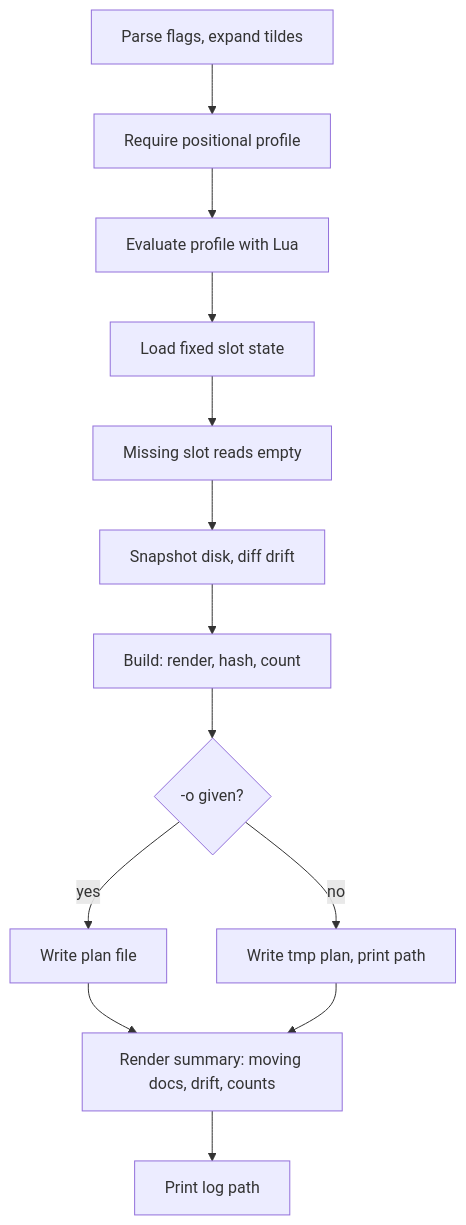
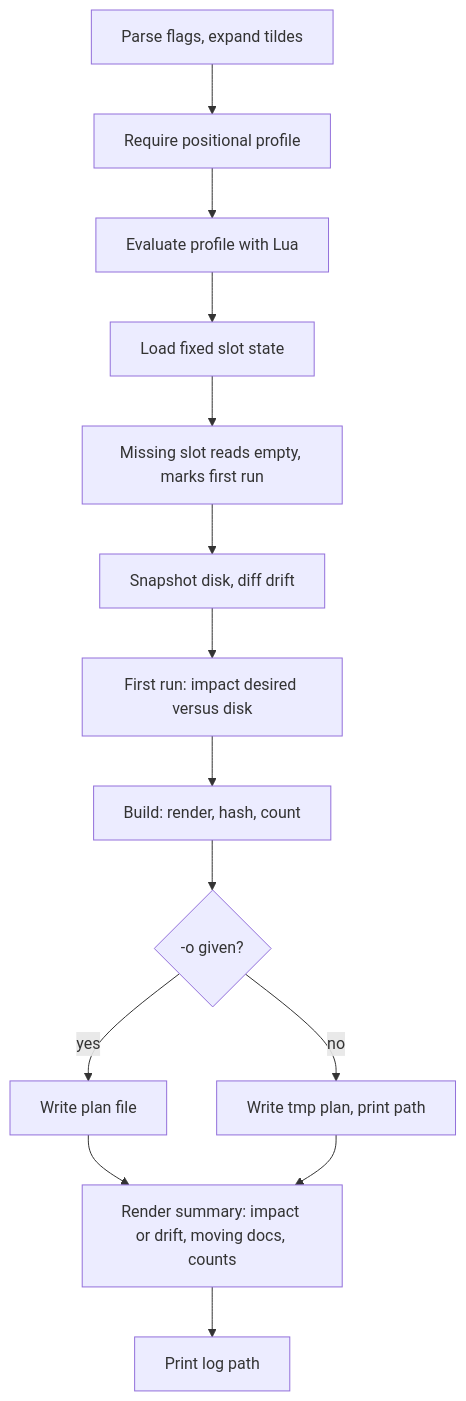
Before and after one commit to SolracHQ/confit: the diagram in docs/flows/plan.md, drawn with Mermaid. The commit also changed other lines of this file and 10 other files, not shown here.

Commit message:
First plan compares against the disk instead of an empty previous. Fresh machines read impact plus already in place, and hunks carry their own headers with per-symbol paint.

````diff
--- a/docs/flows/plan.md
+++ b/docs/flows/plan.md
@@ -7,15 +7,16 @@
 ```mermaid
 flowchart TD
     A["Parse flags, expand tildes"] --> B["Require positional profile"]
     B --> C["Evaluate profile with Lua"]
     C --> D["Load fixed slot state"]
-    D --> E["Missing slot reads empty"]
+    D --> E["Missing slot reads empty, marks first run"]
     E --> F["Snapshot disk, diff drift"]
-    F --> G["Build: render, hash, count"]
-    G --> H{"-o given?"}
-    H -- yes --> I["Write plan file"]
-    H -- no --> J["Write tmp plan, print path"]
-    I --> K["Render summary: moving docs, drift, counts"]
-    J --> K
-    K --> L["Print log path"]
+    F --> G["First run: impact desired versus disk"]
+    G --> H["Build: render, hash, count"]
+    H --> I{"-o given?"}
+    I -- yes --> J["Write plan file"]
+    I -- no --> K["Write tmp plan, print path"]
+    J --> L["Render summary: impact or drift, moving docs, counts"]
+    K --> L
+    L --> M["Print log path"]
 ```
````
